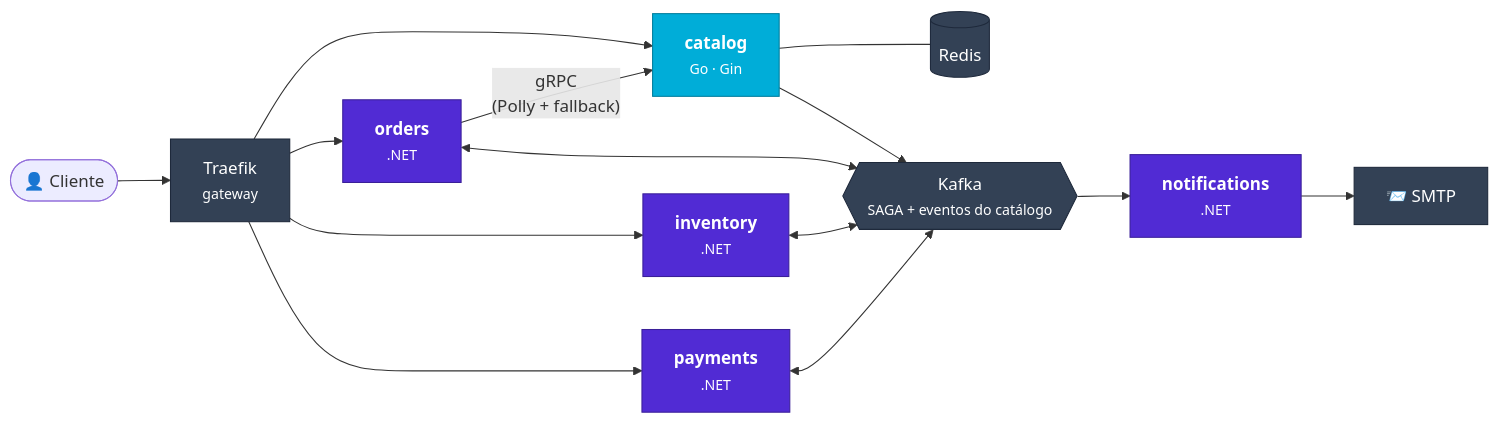
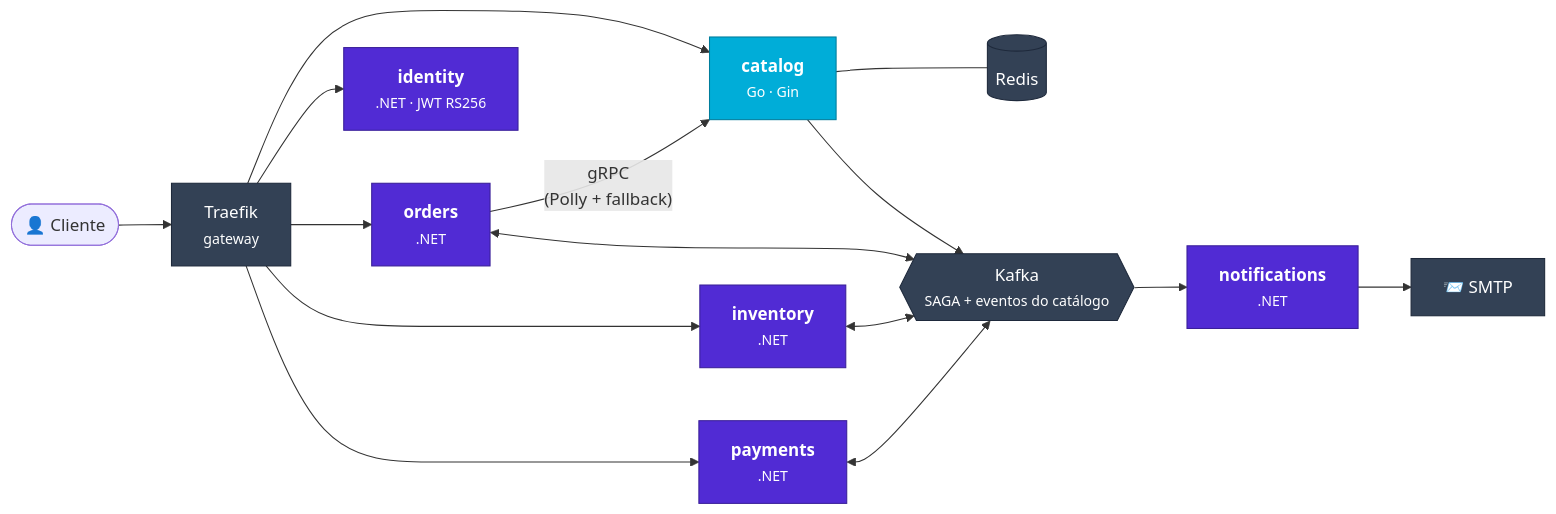
The diagram in README.md (mateus-vitor-ferreira-dev/compra-facil), drawn with Mermaid before and after one commit. The commit also changed other lines of this file and 11 other files, not shown here.

First line of the commit message:
chore(infra): identity no compose, gateway, Helm e docs

````diff
--- a/README.md
+++ b/README.md
@@ -103,21 +104,22 @@
 ```mermaid
 flowchart LR
     cliente(["👤 Cliente"]) --> gateway["Traefik<br/><small>gateway</small>"]
     gateway --> catalog["<b>catalog</b><br/><small>Go · Gin</small>"]
     gateway --> orders["<b>orders</b><br/><small>.NET</small>"]
     gateway --> inventory["<b>inventory</b><br/><small>.NET</small>"]
     gateway --> payments["<b>payments</b><br/><small>.NET</small>"]
+    gateway --> identity["<b>identity</b><br/><small>.NET · JWT RS256</small>"]
     catalog --- redis[("Redis")]
     orders -- "gRPC<br/>(Polly + fallback)" --> catalog
     catalog --> kafka{{"Kafka<br/><small>SAGA + eventos do catálogo</small>"}}
     orders & inventory & payments <--> kafka
     kafka --> notifications["<b>notifications</b><br/><small>.NET</small>"]
     notifications --> mail["📨 SMTP"]
 
     classDef go fill:#00ADD8,stroke:#007d9c,color:#fff
     classDef net fill:#512BD4,stroke:#3a1f99,color:#fff
     classDef infra fill:#334155,stroke:#1e293b,color:#fff
     class catalog go
-    class orders,inventory,payments,notifications net
+    class orders,inventory,payments,notifications,identity net
     class gateway,kafka,redis,mail infra
 ```
````
